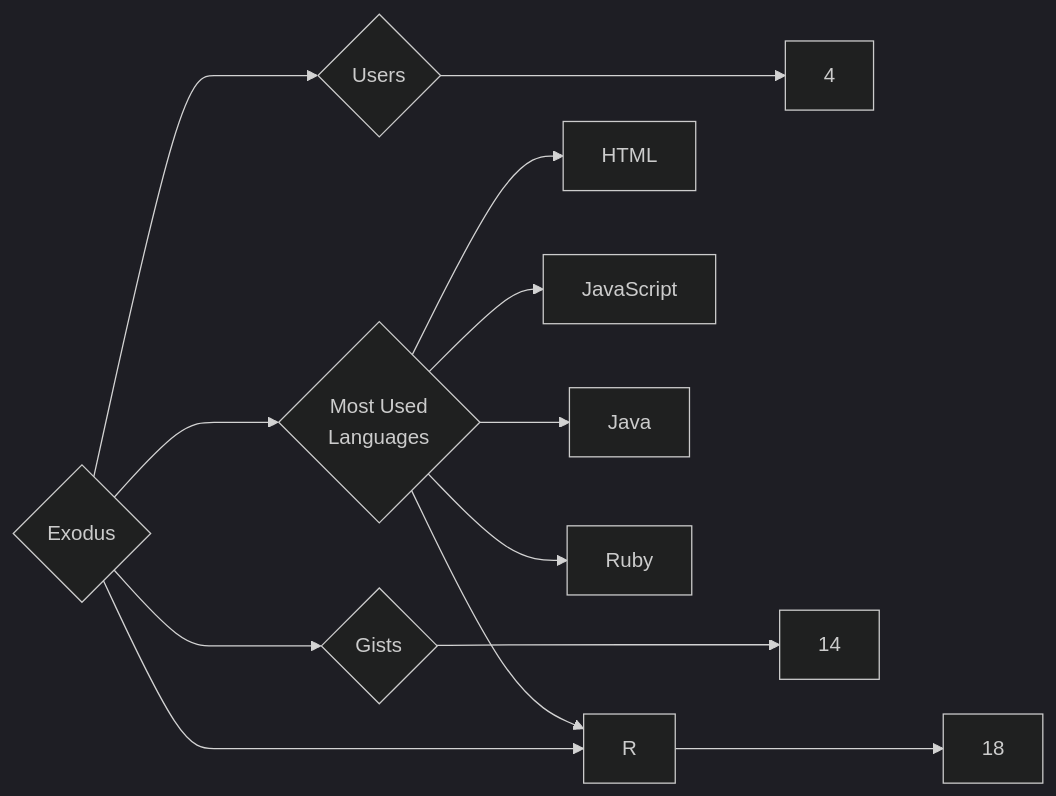
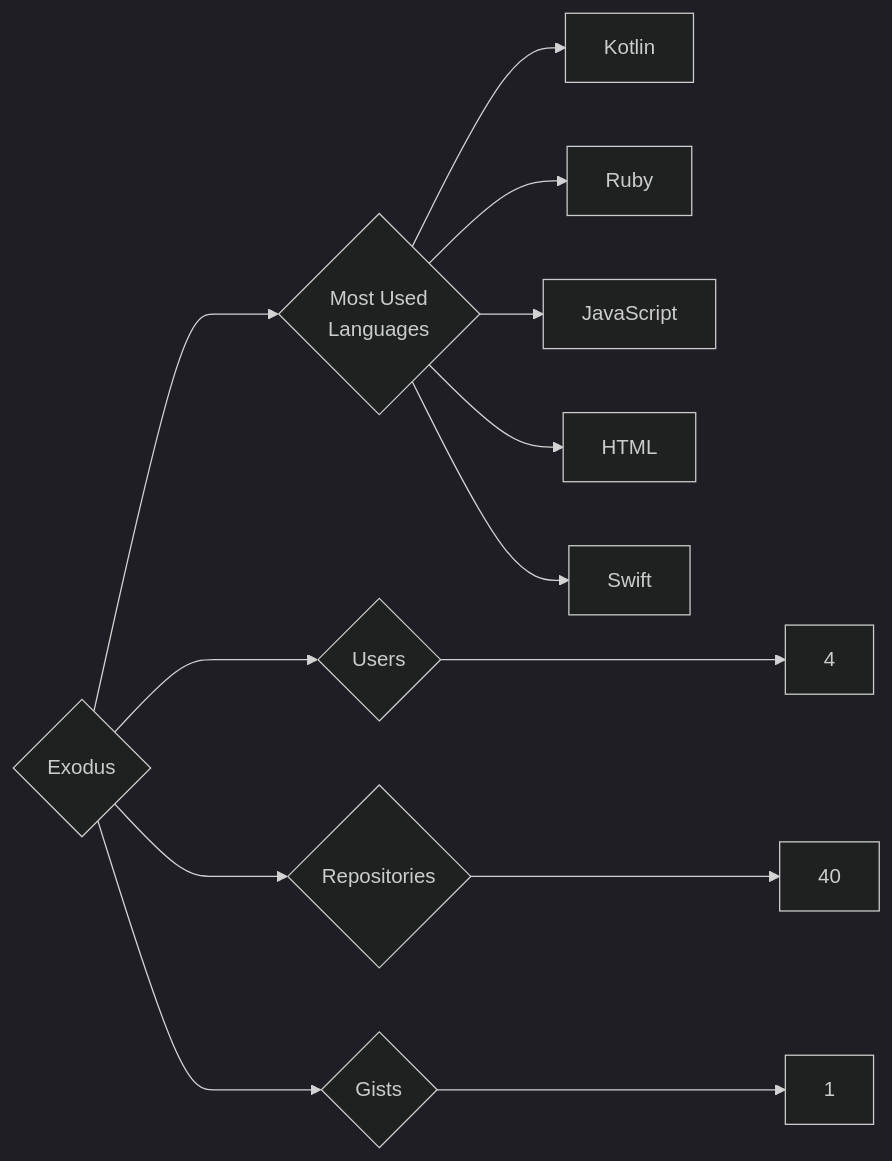
One commit to trickest/insiders changed the diagram in targets/Exodus/README.md. Above: the diagram before and after it, drawn with Mermaid (dark theme). The commit also changed 840 other files, not shown here.

````diff
--- a/targets/Exodus/README.md
+++ b/targets/Exodus/README.md
@@ -3,13 +3,13 @@
 ```mermaid
 graph LR
 COMPANY_NAME{Exodus}
 COMPANY_NAME ---> U{Users} ---> UN[4]
-COMPANY_NAME ---> R{Repositories} ---> RN[18]
-COMPANY_NAME ---> G{Gists} ---> GN[14]
+COMPANY_NAME ---> R{Repositories} ---> RN[40]
+COMPANY_NAME ---> G{Gists} ---> GN[1]
 COMPANY_NAME ---> ML{Most Used<br>Languages}
+ML --> Kotlin[Kotlin]
+ML --> Ruby[Ruby]
+ML --> JavaScript[JavaScript]
 ML --> HTML[HTML]
-ML --> JavaScript[JavaScript]
-ML --> Java[Java]
-ML --> Ruby[Ruby]
-ML --> R[R]
+ML --> Swift[Swift]
 ```
````
